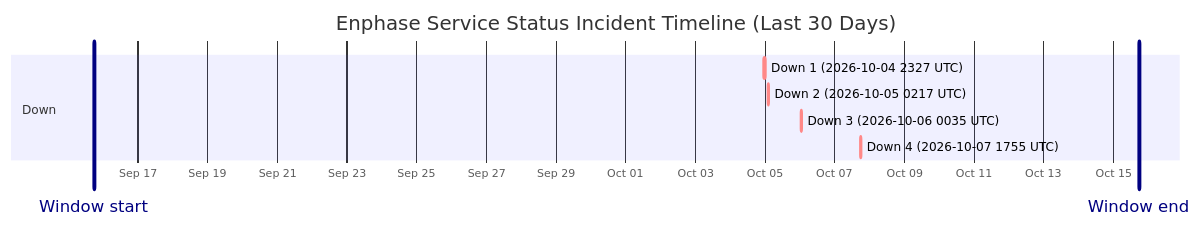
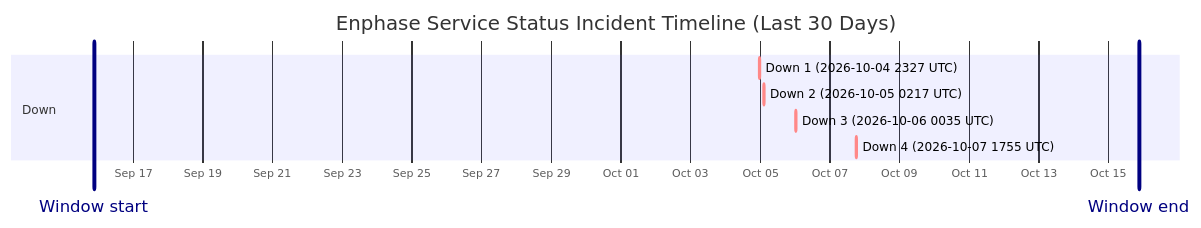
One commit to barneyonline/ha-enphase-energy changed the diagram in wiki/Service-Status-History.md. Above: the diagram before and after it, drawn with Mermaid. The commit also changed other lines of this file and 3 other files, not shown here.

````diff
--- a/wiki/Service-Status-History.md
+++ b/wiki/Service-Status-History.md
@@ -14,13 +14,13 @@
 ```mermaid
 gantt
     title Enphase Service Status Incident Timeline (Last 30 Days)
     dateFormat  YYYY-MM-DDTHH:mm:ss
     axisFormat  %b %d
-    Window start :vert, window-start, 2026-09-15T17:36:16, 0ms
-    Window end :vert, window-end, 2026-10-15T17:36:16, 0ms
+    Window start :vert, window-start, 2026-09-15T20:56:35, 0ms
+    Window end :vert, window-end, 2026-10-15T20:56:35, 0ms
     section Down
     Down 1 (2026-10-04 2327 UTC) :crit, down-1, 2026-10-04T23:27:34, 60m
     Down 2 (2026-10-05 0217 UTC) :crit, down-2, 2026-10-05T02:17:30, 60m
     Down 3 (2026-10-06 0035 UTC) :crit, down-3, 2026-10-06T00:35:21, 60m
     Down 4 (2026-10-07 1755 UTC) :crit, down-4, 2026-10-07T17:55:16, 60m
 ```
````
